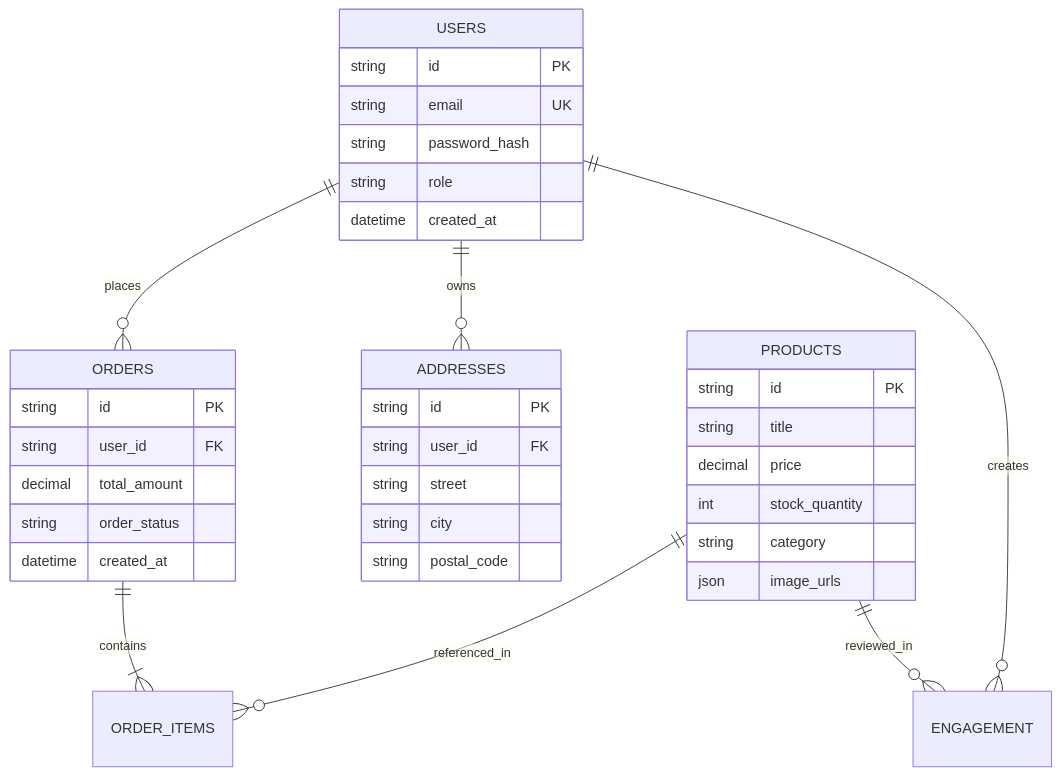
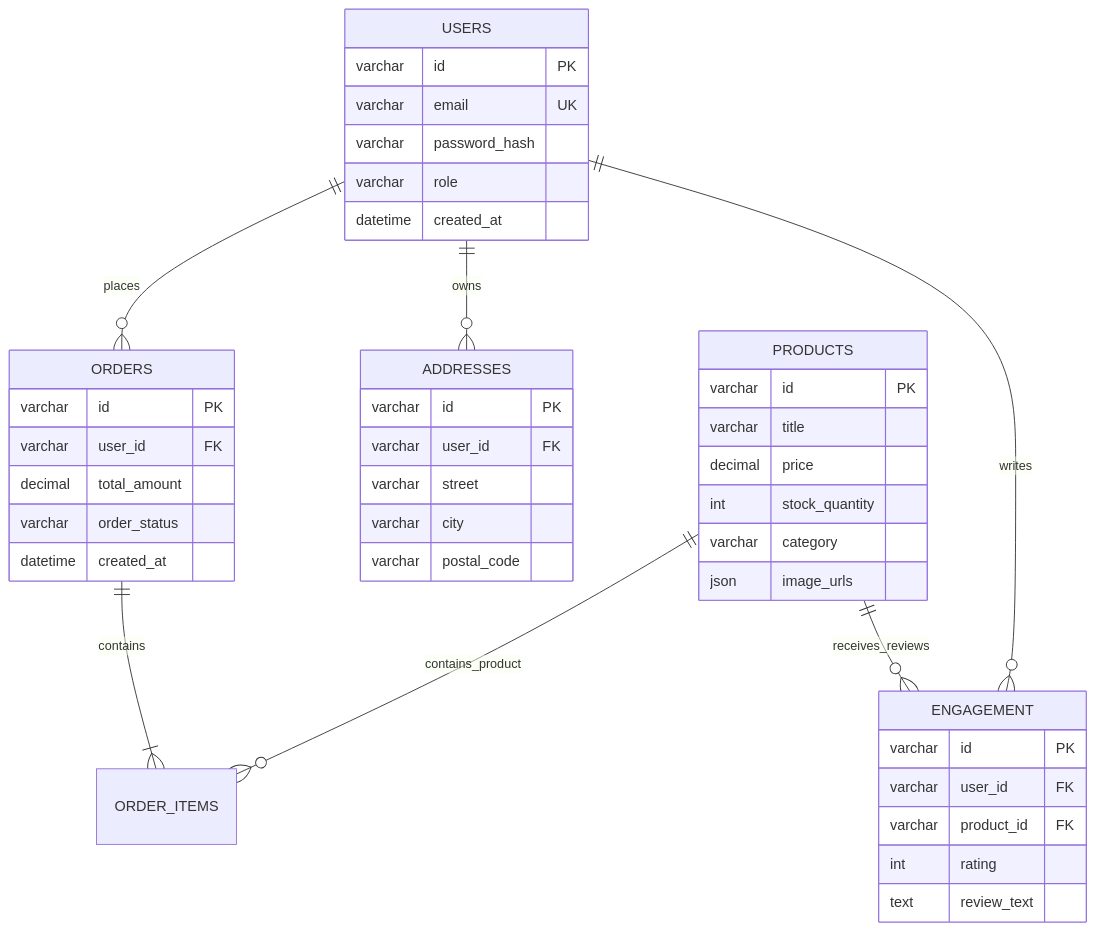
One commit to RomitGoyal2303/ByteMart changed the third of 3 diagrams in README.md. Above: the diagram before and after it, drawn with Mermaid. The commit also changed other lines of this file, not shown here.

Commit message:
docs: overhaul repository appearance, system architecture, and API contracts

````diff
--- a/README.md
+++ b/README.md
@@ -77,39 +123,46 @@
 ```mermaid
 erDiagram
     USERS ||--o{ ORDERS : places
     USERS ||--o{ ADDRESSES : owns
-    USERS ||--o{ ENGAGEMENT : creates
+    USERS ||--o{ ENGAGEMENT : writes
     ORDERS ||--|{ ORDER_ITEMS : contains
-    PRODUCTS ||--o{ ORDER_ITEMS : referenced_in
-    PRODUCTS ||--o{ ENGAGEMENT : reviewed_in
+    PRODUCTS ||--o{ ORDER_ITEMS : contains_product
+    PRODUCTS ||--o{ ENGAGEMENT : receives_reviews
 
     USERS {
-        string id PK
-        string email UK
-        string password_hash
-        string role
+        varchar id PK
+        varchar email UK
+        varchar password_hash
+        varchar role
         datetime created_at
     }
     PRODUCTS {
-        string id PK
-        string title
+        varchar id PK
+        varchar title
         decimal price
         int stock_quantity
-        string category
+        varchar category
         json image_urls
     }
     ORDERS {
-        string id PK
-        string user_id FK
+        varchar id PK
+        varchar user_id FK
         decimal total_amount
-        string order_status
+        varchar order_status
         datetime created_at
     }
     ADDRESSES {
-        string id PK
-        string user_id FK
-        string street
-        string city
-        string postal_code
+        varchar id PK
+        varchar user_id FK
+        varchar street
+        varchar city
+        varchar postal_code
+    }
+    ENGAGEMENT {
+        varchar id PK
+        varchar user_id FK
+        varchar product_id FK
+        int rating
+        text review_text
     }
 ```
````
